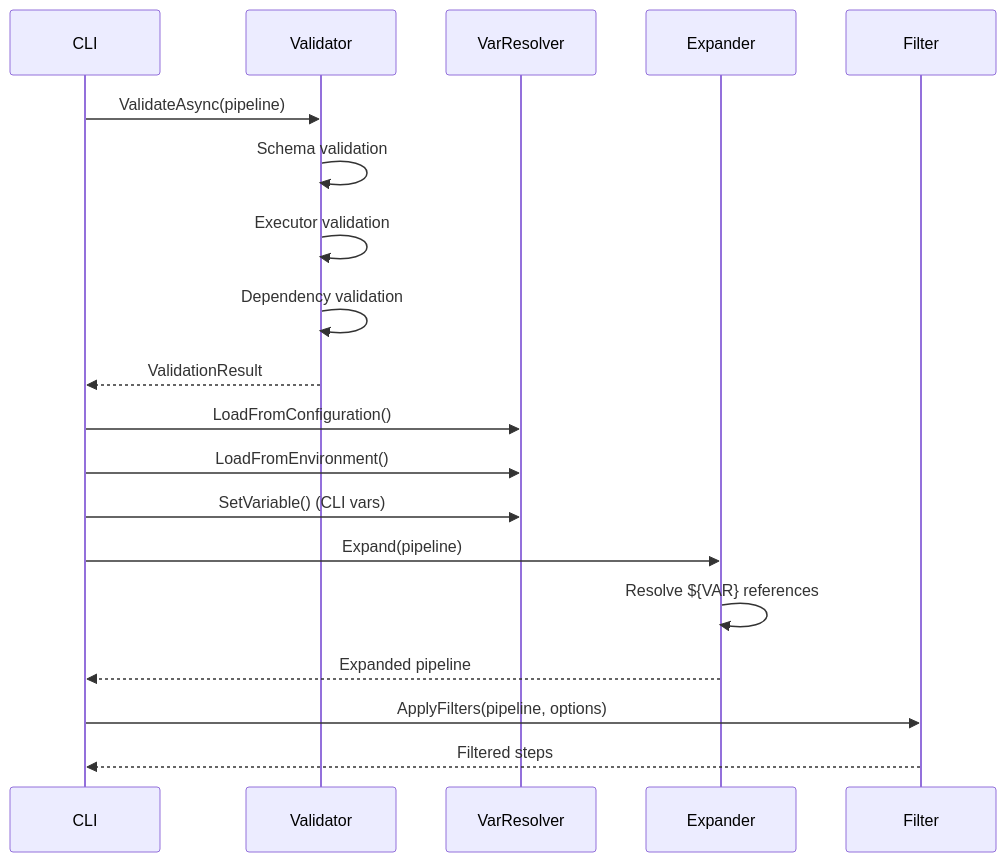
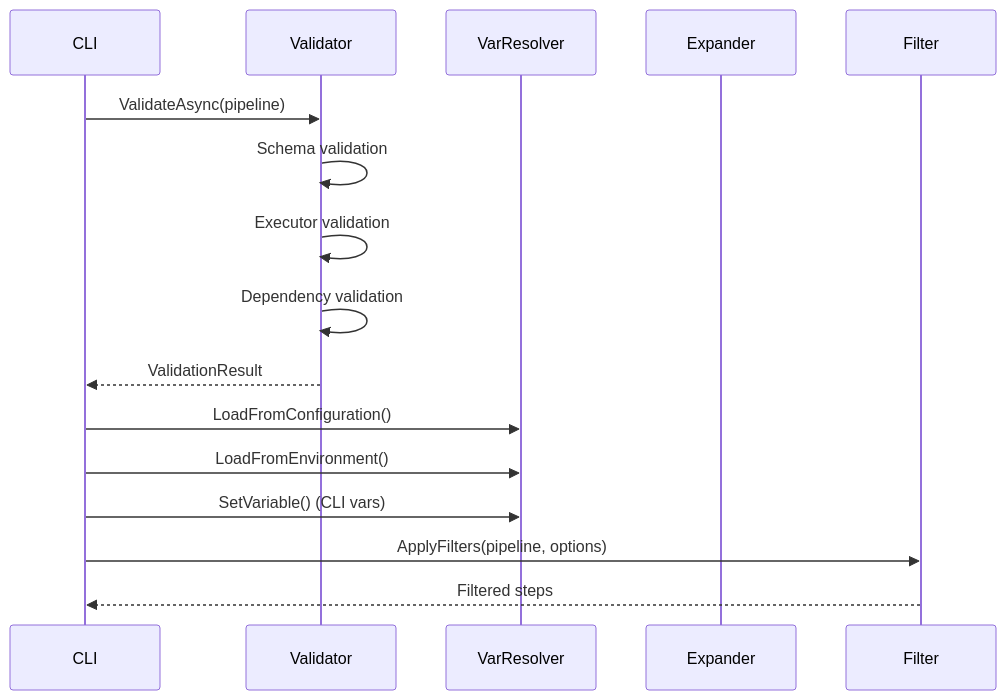
Before and after one commit to AdamWyatt34/PDK: the fourth of 12 diagrams in docs/developers/architecture/data-flow.md, drawn with Mermaid. The commit also changed other lines of this file and 13 other files, not shown here.

````diff
--- a/docs/developers/architecture/data-flow.md
+++ b/docs/developers/architecture/data-flow.md
@@ -121,25 +121,21 @@
 ```mermaid
 sequenceDiagram
     participant CLI
     participant Validator
     participant VarResolver
     participant Expander
     participant Filter
 
     CLI->>Validator: ValidateAsync(pipeline)
     Validator->>Validator: Schema validation
     Validator->>Validator: Executor validation
     Validator->>Validator: Dependency validation
     Validator-->>CLI: ValidationResult
 
     CLI->>VarResolver: LoadFromConfiguration()
     CLI->>VarResolver: LoadFromEnvironment()
     CLI->>VarResolver: SetVariable() (CLI vars)
 
-    CLI->>Expander: Expand(pipeline)
-    Expander->>Expander: Resolve ${VAR} references
-    Expander-->>CLI: Expanded pipeline
-
     CLI->>Filter: ApplyFilters(pipeline, options)
     Filter-->>CLI: Filtered steps
 ```
````
